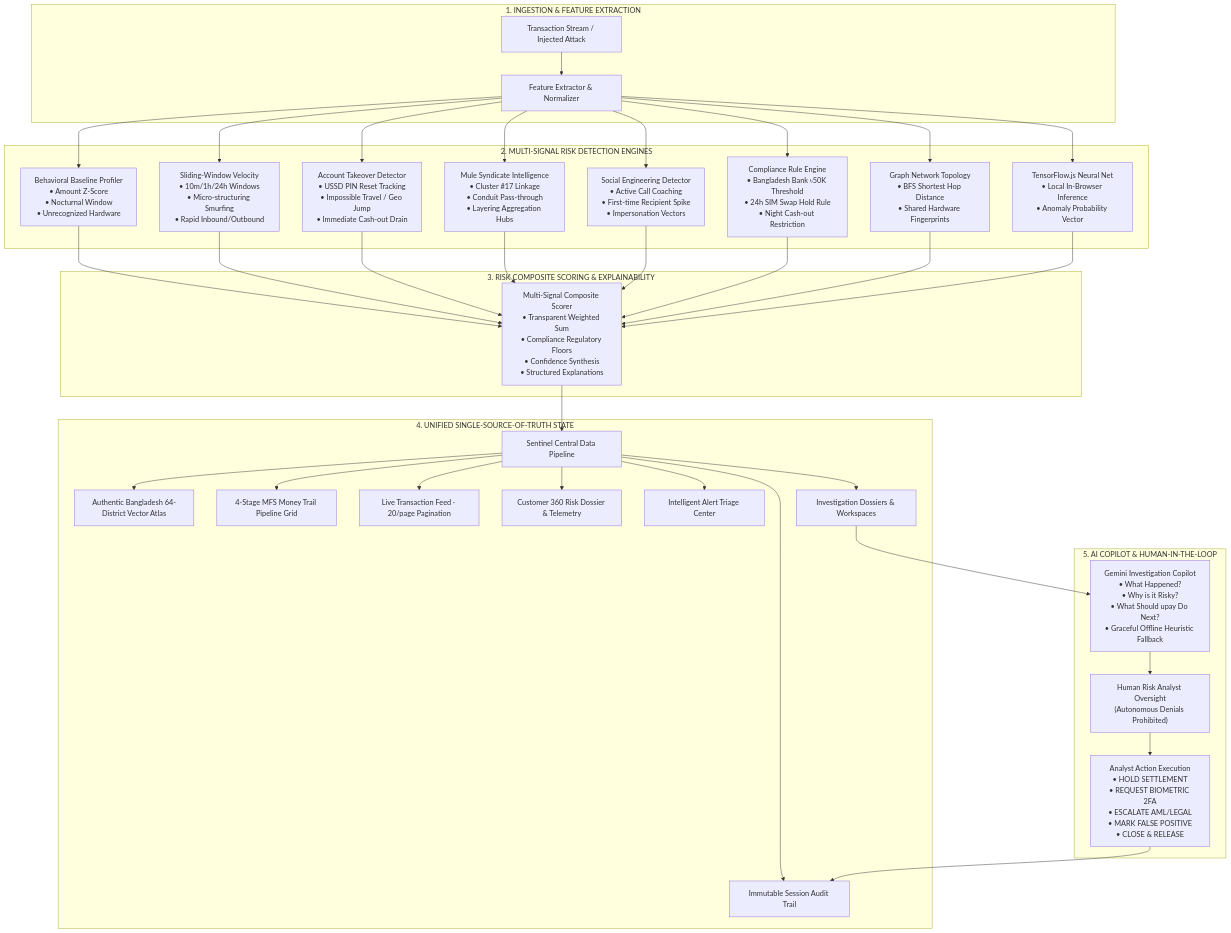
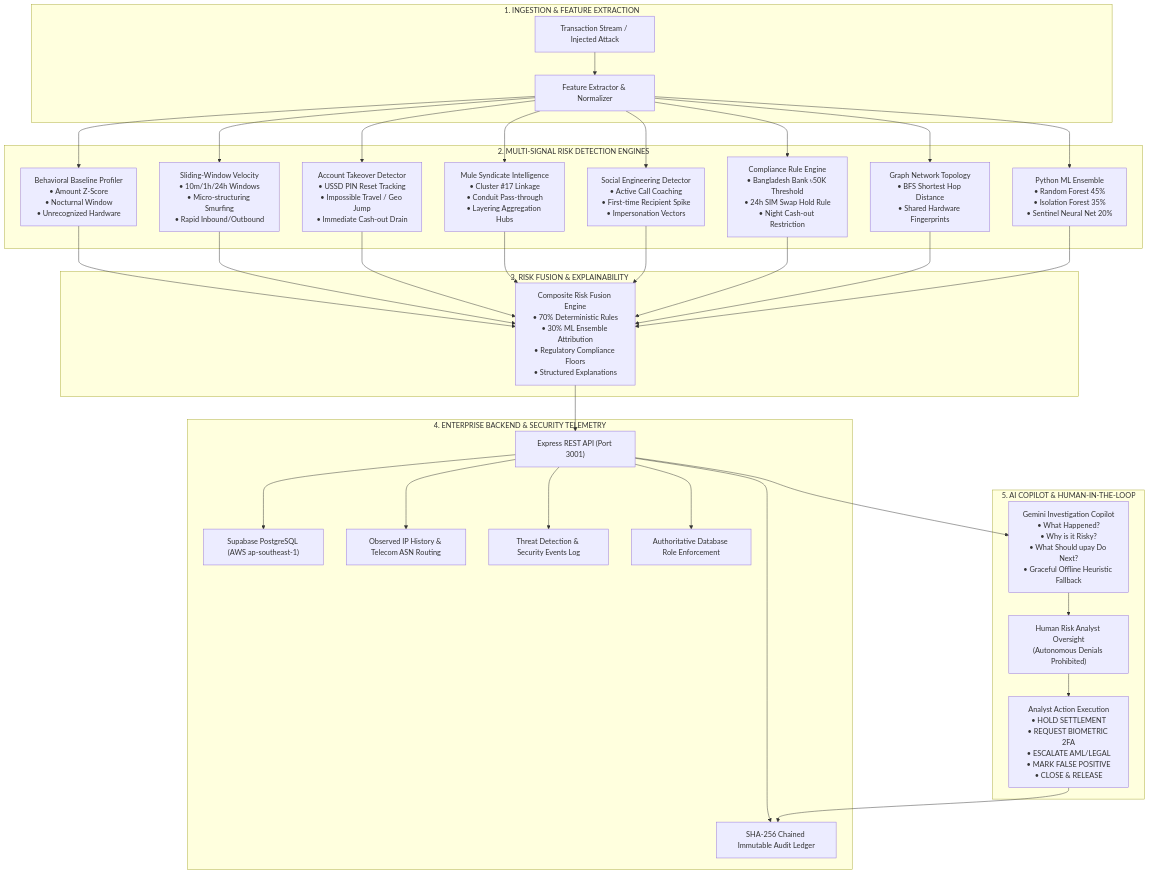
The first of 2 diagrams in README.md (BornilMahmud/AI_DEV_FEST080), drawn with Mermaid before and after one commit. The commit also changed other lines of this file and 156 other files, not shown here.

````diff
--- a/README.md
+++ b/README.md
@@ -45,39 +60,37 @@
 ```mermaid
 flowchart TD
     subgraph INGESTION["1. INGESTION & FEATURE EXTRACTION"]
         TXN["Transaction Stream / Injected Attack"] --> FE["Feature Extractor & Normalizer"]
     end
 
     subgraph DETECTION_LAYERS["2. MULTI-SIGNAL RISK DETECTION ENGINES"]
         FE --> BASELINE["Behavioral Baseline Profiler<br/>• Amount Z-Score<br/>• Nocturnal Window<br/>• Unrecognized Hardware"]
         FE --> VELOCITY["Sliding-Window Velocity<br/>• 10m/1h/24h Windows<br/>• Micro-structuring Smurfing<br/>• Rapid Inbound/Outbound"]
         FE --> ATO["Account Takeover Detector<br/>• USSD PIN Reset Tracking<br/>• Impossible Travel / Geo Jump<br/>• Immediate Cash-out Drain"]
         FE --> MULE["Mule Syndicate Intelligence<br/>• Cluster #17 Linkage<br/>• Conduit Pass-through<br/>• Layering Aggregation Hubs"]
         FE --> SCAM["Social Engineering Detector<br/>• Active Call Coaching<br/>• First-time Recipient Spike<br/>• Impersonation Vectors"]
         FE --> RULES["Compliance Rule Engine<br/>• Bangladesh Bank ৳50K Threshold<br/>• 24h SIM Swap Hold Rule<br/>• Night Cash-out Restriction"]
         FE --> GRAPH["Graph Network Topology<br/>• BFS Shortest Hop Distance<br/>• Shared Hardware Fingerprints"]
-        FE --> TFJS["TensorFlow.js Neural Net<br/>• Local In-Browser Inference<br/>• Anomaly Probability Vector"]
+        FE --> ML_ENSEMBLE["Python ML Ensemble<br/>• Random Forest 45%<br/>• Isolation Forest 35%<br/>• Sentinel Neural Net 20%"]
     end
 
-    subgraph SCORING["3. RISK COMPOSITE SCORING & EXPLAINABILITY"]
-        BASELINE & VELOCITY & ATO & MULE & SCAM & RULES & GRAPH & TFJS --> SCORER["Multi-Signal Composite Scorer<br/>• Transparent Weighted Sum<br/>• Compliance Regulatory Floors<br/>• Confidence Synthesis<br/>• Structured Explanations"]
+    subgraph SCORING["3. RISK FUSION & EXPLAINABILITY"]
+        BASELINE & VELOCITY & ATO & MULE & SCAM & RULES & GRAPH & ML_ENSEMBLE --> SCORER["Composite Risk Fusion Engine<br/>• 70% Deterministic Rules<br/>• 30% ML Ensemble Attribution<br/>• Regulatory Compliance Floors<br/>• Structured Explanations"]
     end
 
-    subgraph PIPELINE["4. UNIFIED SINGLE-SOURCE-OF-TRUTH STATE"]
-        SCORER --> CONTEXT["Sentinel Central Data Pipeline"]
-        CONTEXT --> ATLAS["Authentic Bangladesh 64-District Vector Atlas"]
-        CONTEXT --> TRAIL["4-Stage MFS Money Trail Pipeline Grid"]
-        CONTEXT --> MONITOR["Live Transaction Feed · 20/page Pagination"]
-        CONTEXT --> DOSSIER["Customer 360 Risk Dossier & Telemetry"]
-        CONTEXT --> ALERTS["Intelligent Alert Triage Center"]
-        CONTEXT --> CASES["Investigation Dossiers & Workspaces"]
-        CONTEXT --> AUDIT["Immutable Session Audit Trail"]
+    subgraph BACKEND_SERVICES["4. ENTERPRISE BACKEND & SECURITY TELEMETRY"]
+        SCORER --> BACKEND_API["Express REST API (Port 3001)"]
+        BACKEND_API --> SUPABASE["Supabase PostgreSQL (AWS ap-southeast-1)"]
+        BACKEND_API --> IP_TRACK["Observed IP History & Telecom ASN Routing"]
+        BACKEND_API --> SEC_LOG["Threat Detection & Security Events Log"]
+        BACKEND_API --> RBAC["Authoritative Database Role Enforcement"]
+        BACKEND_API --> CRYPTO_AUDIT["SHA-256 Chained Immutable Audit Ledger"]
     end
 
     subgraph COPILOT["5. AI COPILOT & HUMAN-IN-THE-LOOP"]
-        CASES --> GEMINI["Gemini Investigation Copilot<br/>• What Happened?<br/>• Why is it Risky?<br/>• What Should upay Do Next?<br/>• Graceful Offline Heuristic Fallback"]
+        BACKEND_API --> GEMINI["Gemini Investigation Copilot<br/>• What Happened?<br/>• Why is it Risky?<br/>• What Should upay Do Next?<br/>• Graceful Offline Heuristic Fallback"]
         GEMINI --> ANALYST["Human Risk Analyst Oversight<br/>(Autonomous Denials Prohibited)"]
         ANALYST --> DECISION["Analyst Action Execution<br/>• HOLD SETTLEMENT<br/>• REQUEST BIOMETRIC 2FA<br/>• ESCALATE AML/LEGAL<br/>• MARK FALSE POSITIVE<br/>• CLOSE & RELEASE"]
-        DECISION --> AUDIT
+        DECISION --> CRYPTO_AUDIT
     end
 ```
````
